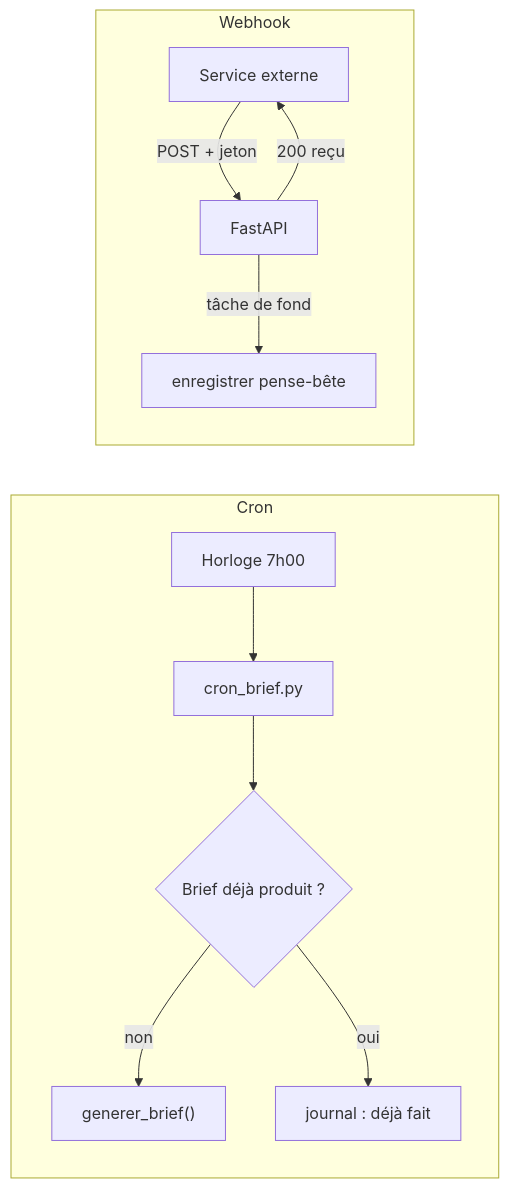
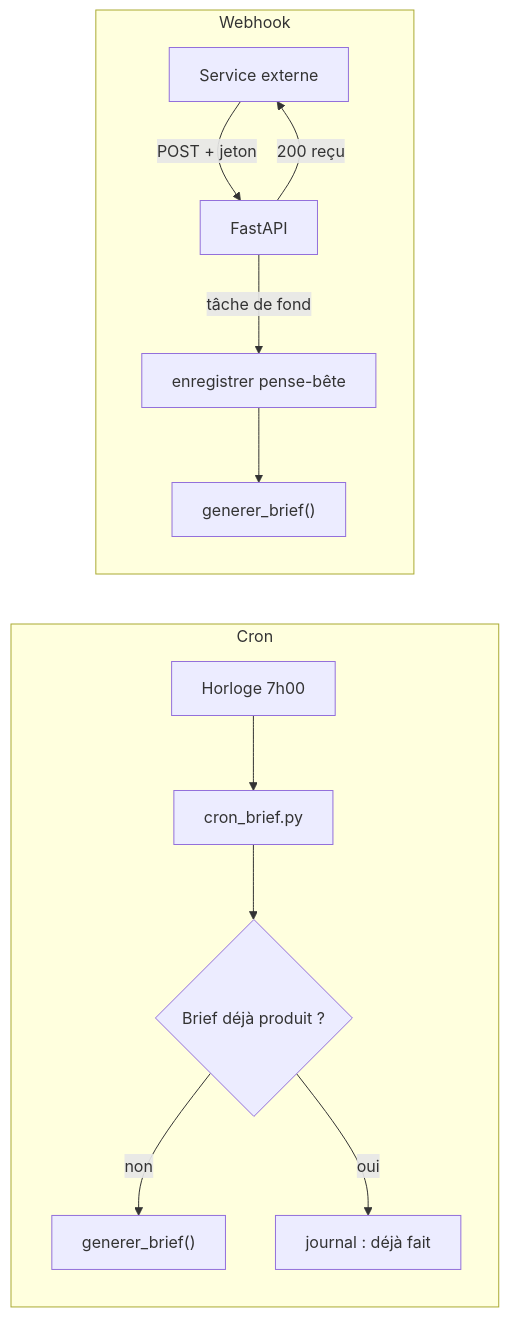
The third of 44 diagrams in tuto-goodvibe-vibecoding.md (lecinquiemejour-code/goodvibe-tuto), drawn with Mermaid before and after one commit. The commit also changed other lines of this file and 2 other files, not shown here.

First line of the commit message:
docs: le pense-bête refait le brief du jour, cycle complet (fiche 14, section 2.2, glossaire, PRD, présentation)

````diff
--- a/tuto-goodvibe-vibecoding.md
+++ b/tuto-goodvibe-vibecoding.md
@@ -322,12 +322,12 @@
 ```mermaid
 flowchart LR
     subgraph Cron
         H["Horloge 7h00"] --> C1["cron_brief.py"] --> C2{"Brief déjà produit ?"}
         C2 -- non --> C3["generer_brief()"]
         C2 -- oui --> C4["journal : déjà fait"]
     end
     subgraph Webhook
         S["Service externe"] -- "POST + jeton" --> W1["FastAPI"] -- "200 reçu" --> S
-        W1 -- "tâche de fond" --> W2["enregistrer pense-bête"]
+        W1 -- "tâche de fond" --> W2["enregistrer pense-bête"] --> W3["generer_brief()"]
     end
 ```
````
